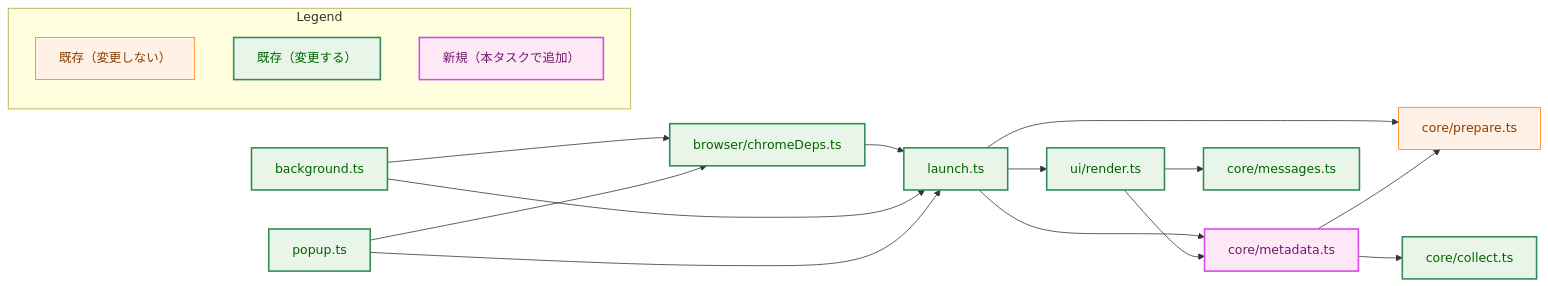
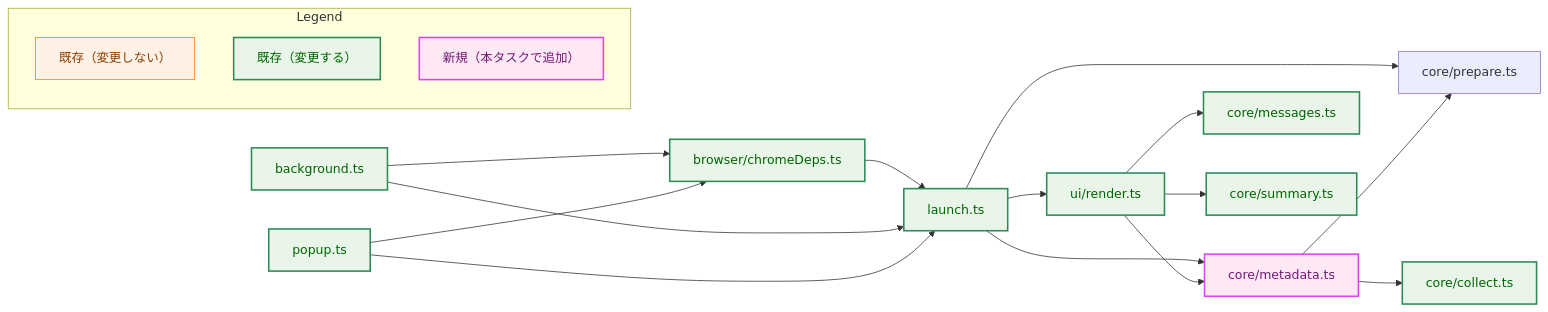
Before and after one commit to isseis/yt2column: the second of 6 diagrams in docs/tasks/0025_extension_video_metadata/02_architecture.md, drawn with Mermaid. The commit also changed other lines of this file and 6 other files, not shown here.

````diff
--- a/docs/tasks/0025_extension_video_metadata/02_architecture.md
+++ b/docs/tasks/0025_extension_video_metadata/02_architecture.md
@@ -156,43 +156,44 @@
 ```mermaid
 flowchart LR
     classDef data fill:#e6f7ff,stroke:#1f77b4,stroke-width:1px,color:#0b3d91;
     classDef process fill:#fff1e6,stroke:#ff7f0e,stroke-width:1px,color:#8a3e00;
     classDef enhanced fill:#e8f5e8,stroke:#2e8b57,stroke-width:2px,color:#006400;
     classDef newpkg fill:#ffe8f5,stroke:#d946ef,stroke-width:2px,color:#701a75;
 
     LAUNCH["launch.ts"]
     METADATA["core/metadata.ts"]
     MESSAGES["core/messages.ts"]
+    SUMMARY["core/summary.ts"]
     RENDER["ui/render.ts"]
     CHROMEDEPS["browser/chromeDeps.ts"]
     PREPARE["core/prepare.ts"]
     COLLECT["core/collect.ts"]
     BACKGROUND["background.ts"]
     POPUP["popup.ts"]
 
     LAUNCH --> METADATA
     LAUNCH --> PREPARE
     LAUNCH --> RENDER
     METADATA --> PREPARE
     METADATA --> COLLECT
     RENDER --> METADATA
     RENDER --> MESSAGES
+    RENDER --> SUMMARY
     CHROMEDEPS --> LAUNCH
     BACKGROUND --> LAUNCH
     BACKGROUND --> CHROMEDEPS
     POPUP --> LAUNCH
     POPUP --> CHROMEDEPS
 
     class METADATA newpkg
-    class PREPARE process
-    class LAUNCH,RENDER,MESSAGES,CHROMEDEPS,COLLECT,BACKGROUND,POPUP enhanced
+    class LAUNCH,RENDER,MESSAGES,SUMMARY,CHROMEDEPS,COLLECT,BACKGROUND,POPUP enhanced
 
     subgraph Legend["Legend"]
         L1["既存（変更しない）"]
         L2["既存（変更する）"]
         L3["新規（本タスクで追加）"]
     end
     class L1 process
     class L2 enhanced
     class L3 newpkg
 ```
````
